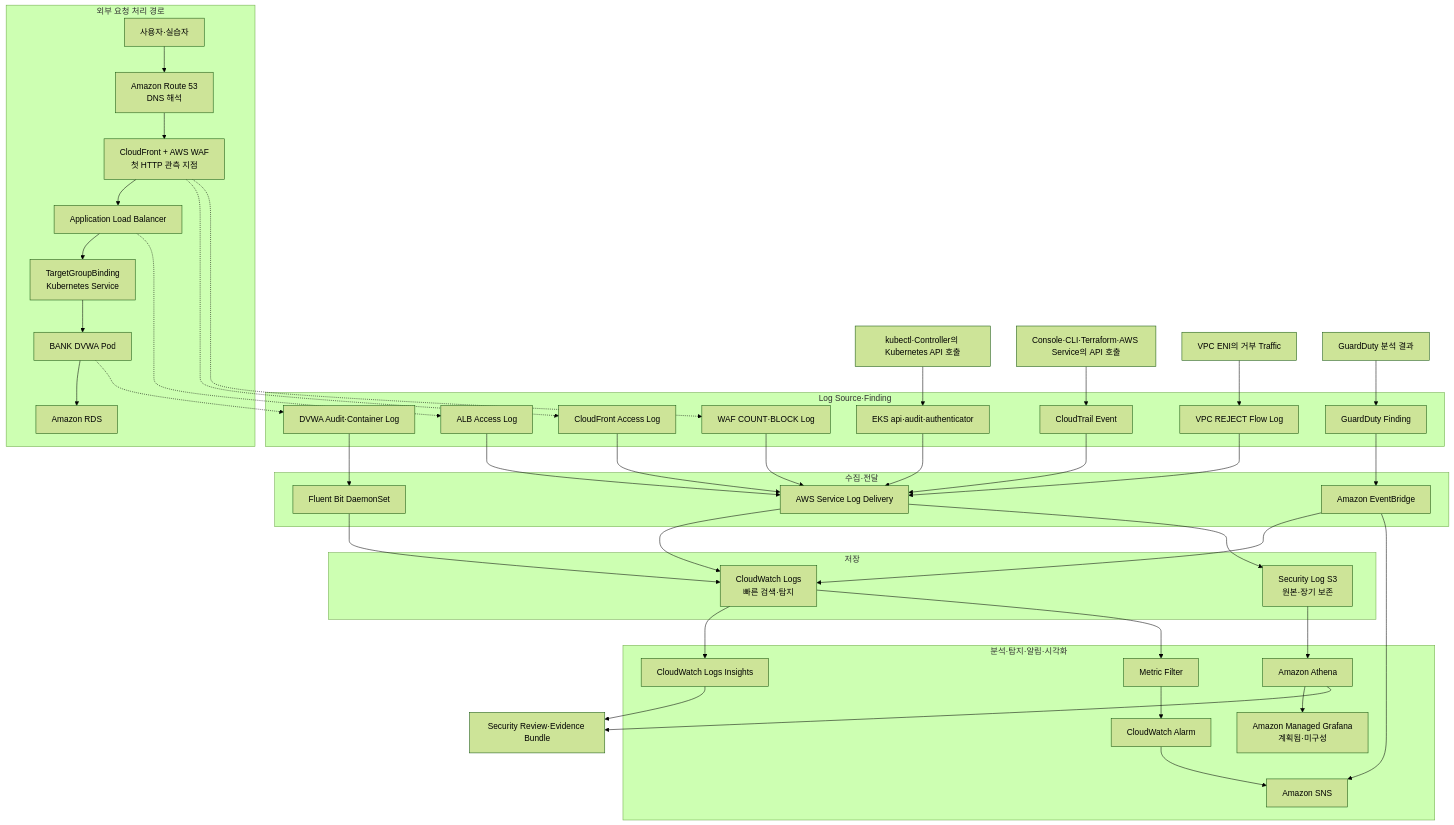
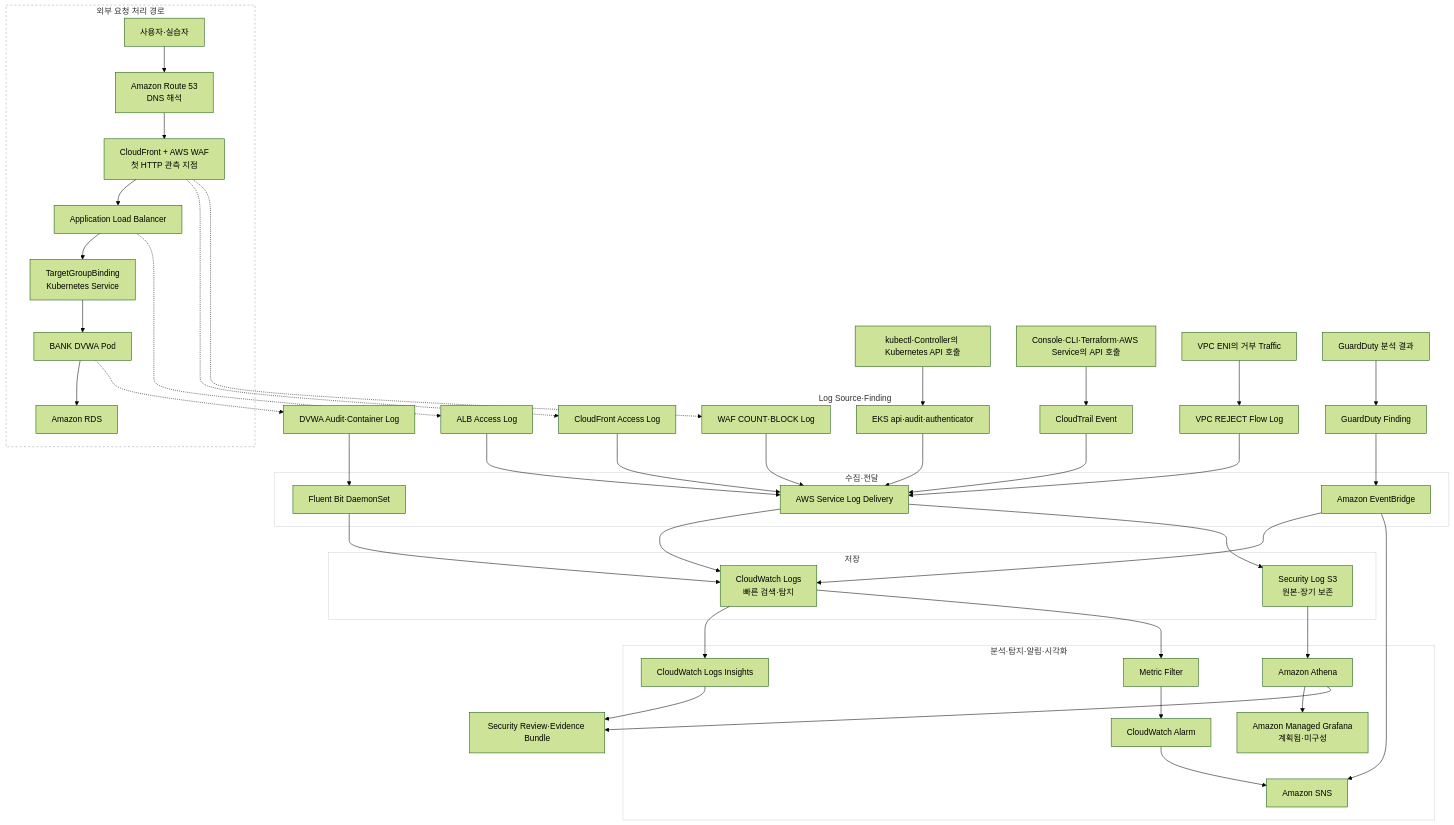
The diagram in 20_팀 프로젝트/3차 프로젝트/공부/00_로그 인프라 전체 흐름.md (Unoh03/Obsi3), drawn with Mermaid (forest theme) before and after one commit.

Commit message:
Expose Mermaid log-flow edges

````diff
--- a/20_팀 프로젝트/3차 프로젝트/공부/00_로그 인프라 전체 흐름.md
+++ b/20_팀 프로젝트/3차 프로젝트/공부/00_로그 인프라 전체 흐름.md
@@ -45,73 +45,81 @@
 ```mermaid
 flowchart TB
     subgraph REQUEST["외부 요청 처리 경로"]
         User["사용자·실습자"] --> Route53["Amazon Route 53<br/>DNS 해석"]
         Route53 --> Edge["CloudFront + AWS WAF<br/>첫 HTTP 관측 지점"]
         Edge --> ALB["Application Load Balancer"]
         ALB --> K8sService["TargetGroupBinding<br/>Kubernetes Service"]
         K8sService --> DVWA["BANK DVWA Pod"]
         DVWA --> RDS["Amazon RDS"]
     end
 
     subgraph SOURCE["Log Source·Finding"]
         CFLog["CloudFront Access Log"]
         WAFLog["WAF COUNT·BLOCK Log"]
         ALBLog["ALB Access Log"]
         AppLog["DVWA Audit·Container Log"]
         EKSLog["EKS api·audit·authenticator"]
         CTLog["CloudTrail Event"]
         FlowLog["VPC REJECT Flow Log"]
         GDFinding["GuardDuty Finding"]
     end
 
     Edge -.-> CFLog
     Edge -.-> WAFLog
     ALB -.-> ALBLog
     DVWA -.-> AppLog
     K8sAPI["kubectl·Controller의 Kubernetes API 호출"] --> EKSLog
     AWSAPI["Console·CLI·Terraform·AWS Service의 API 호출"] --> CTLog
     Network["VPC ENI의 거부 Traffic"] --> FlowLog
     Threat["GuardDuty 분석 결과"] --> GDFinding
 
     subgraph DELIVERY["수집·전달"]
         ServiceDelivery["AWS Service Log Delivery"]
         FluentBit["Fluent Bit DaemonSet"]
         EventBridge["Amazon EventBridge"]
     end
 
     CFLog --> ServiceDelivery
     WAFLog --> ServiceDelivery
     ALBLog --> ServiceDelivery
     EKSLog --> ServiceDelivery
     CTLog --> ServiceDelivery
     FlowLog --> ServiceDelivery
     AppLog --> FluentBit
     GDFinding --> EventBridge
 
     subgraph STORAGE["저장"]
         CWL["CloudWatch Logs<br/>빠른 검색·탐지"]
         S3["Security Log S3<br/>원본·장기 보존"]
     end
 
     ServiceDelivery --> CWL
     ServiceDelivery --> S3
     FluentBit --> CWL
     EventBridge --> CWL
 
     subgraph ANALYSIS["분석·탐지·알림·시각화"]
         Insights["CloudWatch Logs Insights"]
         Filter["Metric Filter"]
         Alarm["CloudWatch Alarm"]
         Athena["Amazon Athena"]
         SNS["Amazon SNS"]
         Grafana["Amazon Managed Grafana<br/>계획됨·미구성"]
     end
 
     CWL --> Insights
     CWL --> Filter --> Alarm --> SNS
     S3 --> Athena --> Grafana
     EventBridge --> SNS
 
     Insights --> Evidence["Security Review·Evidence Bundle"]
     Athena --> Evidence
+
+    %% Subgraph 배경이 외부 연결선을 덮지 않도록 모든 영역의 fill을 제거한다.
+    %% Log Source 영역은 테두리도 제거해 각 사건 지점에서 시작하는 점선이 노드까지 보이게 한다.
+    style REQUEST fill:none,stroke:#9ca3af,stroke-width:1px,stroke-dasharray:4 4
+    style SOURCE fill:none,stroke:none
+    style DELIVERY fill:none,stroke:#d1d5db,stroke-width:1px
+    style STORAGE fill:none,stroke:#d1d5db,stroke-width:1px
+    style ANALYSIS fill:none,stroke:#d1d5db,stroke-width:1px
 ```
````
